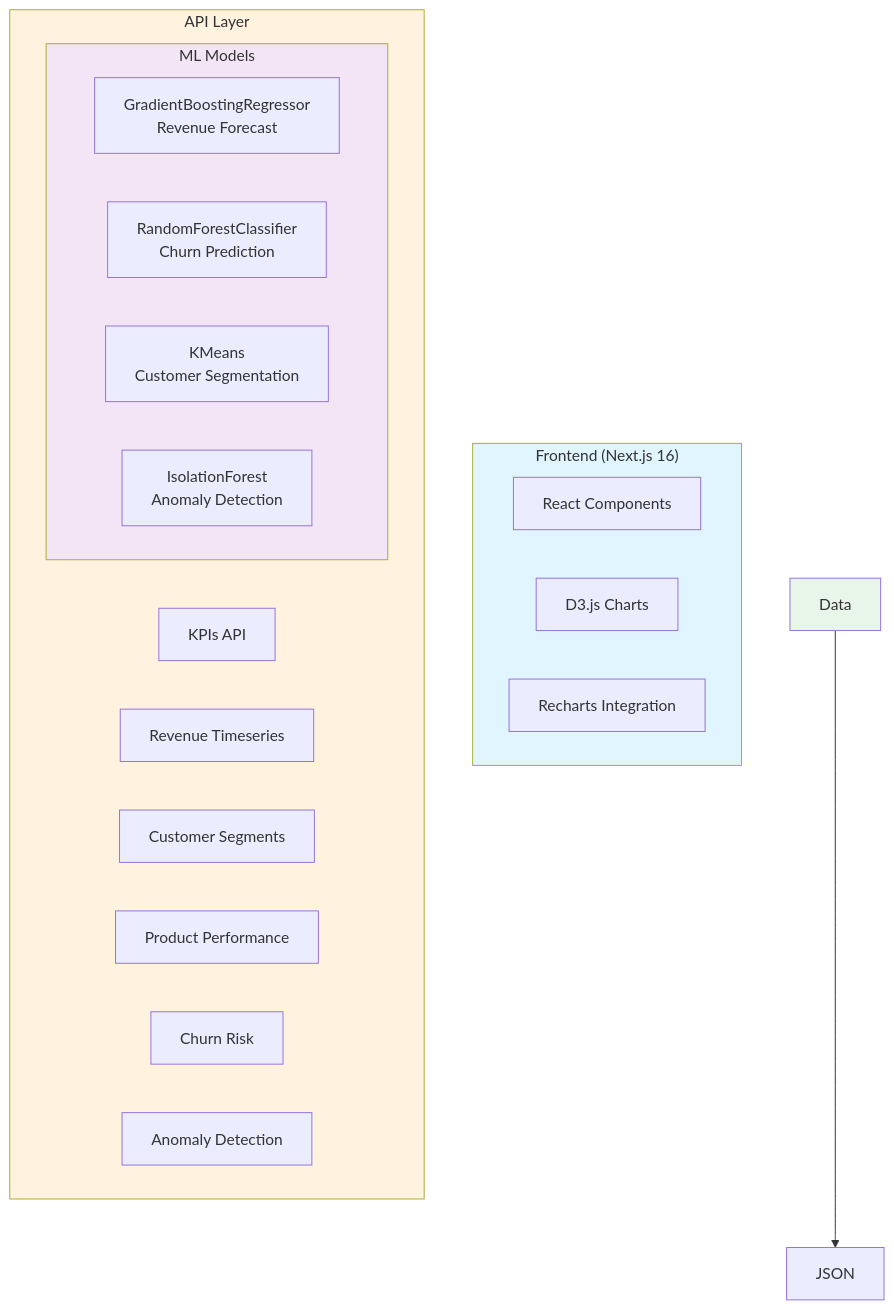
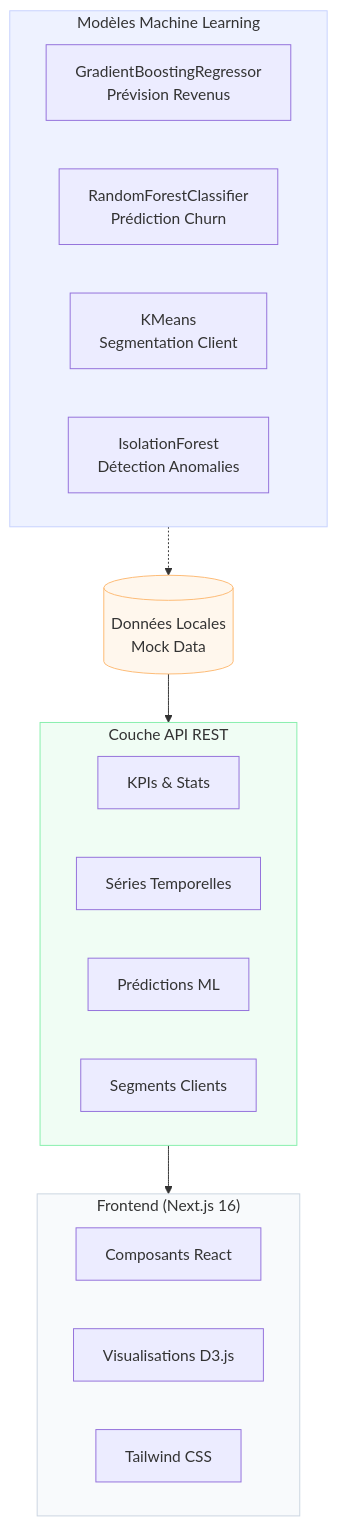
Before and after one commit to selmahacii/AtlasAnalytics: the first of 2 diagrams in README.md, drawn with Mermaid. The commit also changed other lines of this file and 8 other files, not shown here.

Commit message:
nitialize AtlasAnalytics project with UI components, API endpoints, dashboard features, and data infrastructure.

````diff
--- a/README.md
+++ b/README.md
@@ -9,32 +14,31 @@
 ```mermaid
 graph TB
     subgraph Frontend["Frontend (Next.js 16)"]
-        UI[React Components]
-        D3[D3.js Charts]
-        Charts[Recharts Integration]
+        UI[Composants React]
+        D3[Visualisations D3.js]
+        TW[Tailwind CSS]
     end
 
-    subgraph API["API Layer"]
-        KPI[KPIs API]
-        Revenue[Revenue Timeseries]
-        ML[ML Predictions]
-        Segments[Customer Segments]
-        Products[Product Performance]
-        Churn[Churn Risk]
-        Anomalies[Anomaly Detection]
+    subgraph API["Couche API REST"]
+        KPI[KPIs & Stats]
+        Revenue[Séries Temporelles]
+        ML[Prédictions ML]
+        Segments[Segments Clients]
     end
 
-    subgraph ML["ML Models"]
-        GBM[GradientBoostingRegressor<br/>Revenue Forecast]
-        RF[RandomForestClassifier<br/>Churn Prediction]
-        KMeans[KMeans<br/>Customer Segmentation]
-        IF[IsolationForest<br/>Anomaly Detection]
+    subgraph Modèles["Modèles Machine Learning"]
+        GBM[GradientBoostingRegressor<br/>Prévision Revenus]
+        RF[RandomForestClassifier<br/>Prédiction Churn]
+        KMeans[KMeans<br/>Segmentation Client]
+        IF[IsolationForest<br/>Détection Anomalies]
     end
 
-    Data --> JSON
+    Data[(Données Locales<br/>Mock Data)] --> API
+    API --> Frontend
+    Modèles -.-> Data
 
-    style Frontend fill:#e1f5fe
-    style API fill:#fff3e0
-    style ML fill:#f3e5f5
-    style Data fill:#e8f5e9
+    style Frontend fill:#f8fafc,stroke:#cbd5e1
+    style API fill:#f0fdf4,stroke:#86efac
+    style Modèles fill:#eef2ff,stroke:#c7d2fe
+    style Data fill:#fff7ed,stroke:#fdba74
 ```
````
